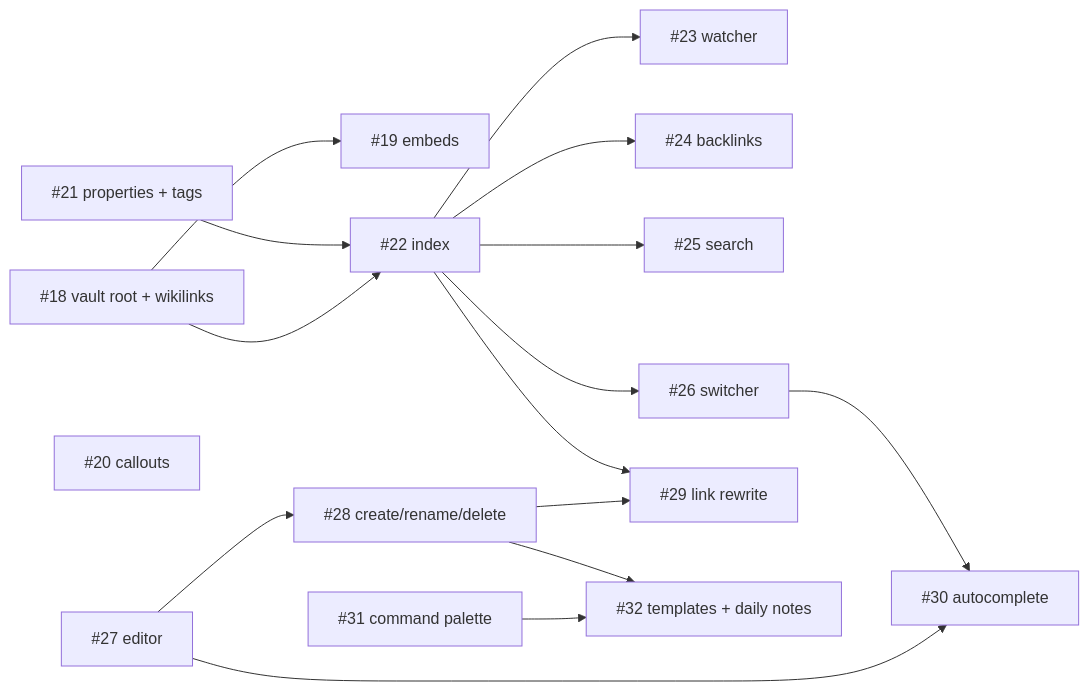
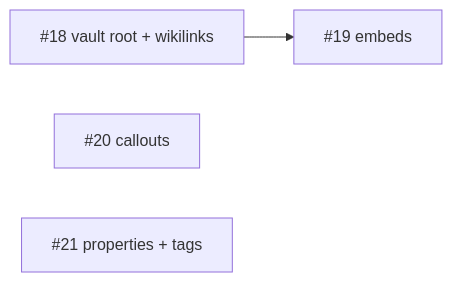
The diagram in docs/roadmap.md (GravionLabs/nixe), drawn with Mermaid before and after one commit. The commit also changed other lines of this file and 5 other files, not shown here.

````diff
--- a/docs/roadmap.md
+++ b/docs/roadmap.md
@@ -41,14 +27,6 @@
 ```mermaid
 flowchart LR
   P18["#18 vault root + wikilinks"] --> P19["#19 embeds"]
-  P18 --> P22["#22 index"]
-  P21["#21 properties + tags"] --> P22
   P20["#20 callouts"]
-  P22 --> P23["#23 watcher"] & P24["#24 backlinks"] & P25["#25 search"] & P26["#26 switcher"]
-  P27["#27 editor"] --> P28["#28 create/rename/delete"] --> P29["#29 link rewrite"]
-  P22 --> P29
-  P27 --> P30["#30 autocomplete"]
-  P26 --> P30
-  P31["#31 command palette"] --> P32["#32 templates + daily notes"]
-  P28 --> P32
+  P21["#21 properties + tags"]
 ```
````
